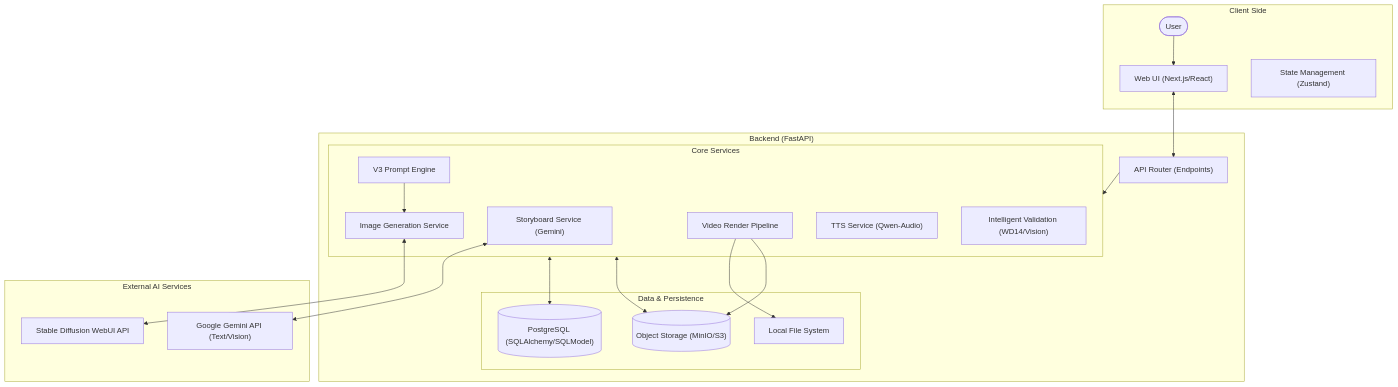
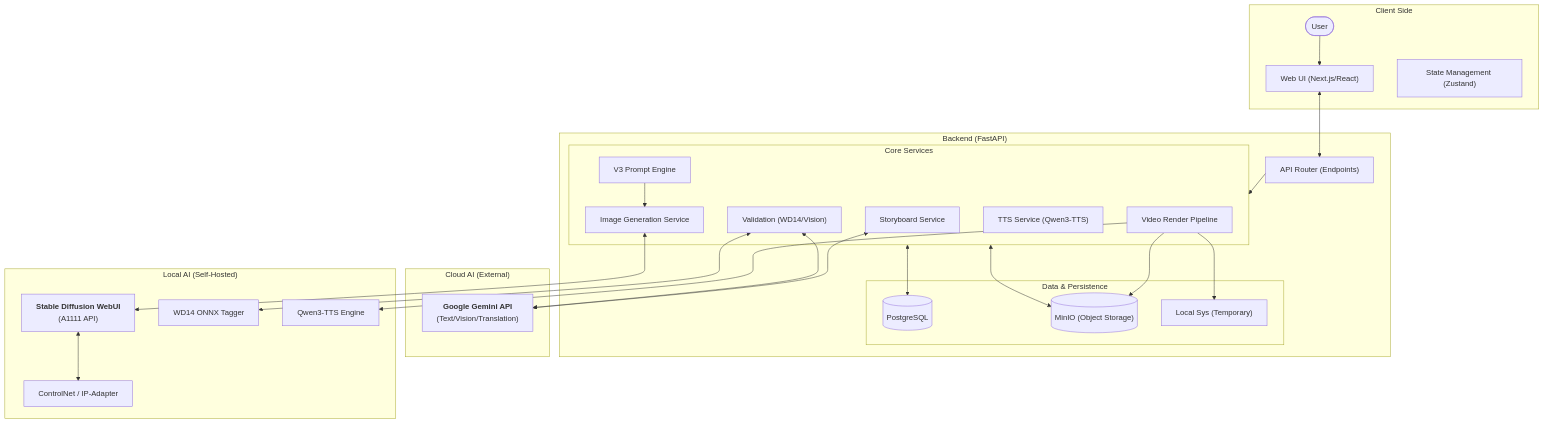
Before and after one commit to tomo-playground/sdd-orchestrator: the first of 2 diagrams in docs/03_engineering/architecture/SYSTEM_OVERVIEW.md, drawn with Mermaid. The commit also changed other lines of this file and 7 other files, not shown here.

````diff
--- a/docs/03_engineering/architecture/SYSTEM_OVERVIEW.md
+++ b/docs/03_engineering/architecture/SYSTEM_OVERVIEW.md
@@ -10,46 +10,57 @@
 ```mermaid
 graph TB
     subgraph Client ["Client Side"]
         User([User])
         UI["Web UI (Next.js/React)"]
         Store["State Management (Zustand)"]
     end
 
     subgraph Backend ["Backend (FastAPI)"]
         Router["API Router (Endpoints)"]
         
         subgraph Services ["Core Services"]
-            StorySvc["Storyboard Service (Gemini)"]
+            StorySvc["Storyboard Service"]
             PromptSvc["V3 Prompt Engine"]
             ImageSvc["Image Generation Service"]
             VideoSvc["Video Render Pipeline"]
-            TTSSvc["TTS Service (Qwen-Audio)"]
-            ValidationSvc["Intelligent Validation (WD14/Vision)"]
+            TTSSvc["TTS Service (Qwen3-TTS)"]
+            ValidationSvc["Validation (WD14/Vision)"]
         end
 
         subgraph Data ["Data & Persistence"]
-            DB[("PostgreSQL (SQLAlchemy/SQLModel)")]
-            MinIO[("Object Storage (MinIO/S3)")]
-            FS["Local File System"]
+            DB[("PostgreSQL")]
+            MinIO[("MinIO (Object Storage)")]
+            FS["Local Sys (Temporary)"]
         end
     end
 
-    subgraph External ["External AI Services"]
-        Gemini["Google Gemini API (Text/Vision)"]
-        SD["Stable Diffusion WebUI API"]
+    subgraph CloudAI ["Cloud AI (External)"]
+        Gemini["<b>Google Gemini API</b><br/>(Text/Vision/Translation)"]
+    end
+
+    subgraph LocalAI ["Local AI (Self-Hosted)"]
+        SD["<b>Stable Diffusion WebUI</b><br/>(A1111 API)"]
+        CN["ControlNet / IP-Adapter"]
+        WD14["WD14 ONNX Tagger"]
+        Qwen["Qwen3-TTS Engine"]
     end
 
     %% Interaction Flows
     User --> UI
     UI <--> Router
     Router --> Services
     
     StorySvc <--> Gemini
     PromptSvc --> ImageSvc
     ImageSvc <--> SD
+    SD <--> CN
     VideoSvc --> FS
     VideoSvc --> MinIO
+    VideoSvc --> Qwen
+    
+    ValidationSvc <--> WD14
+    ValidationSvc <--> Gemini
     
     Services <--> DB
     Services <--> MinIO
 ```
````
